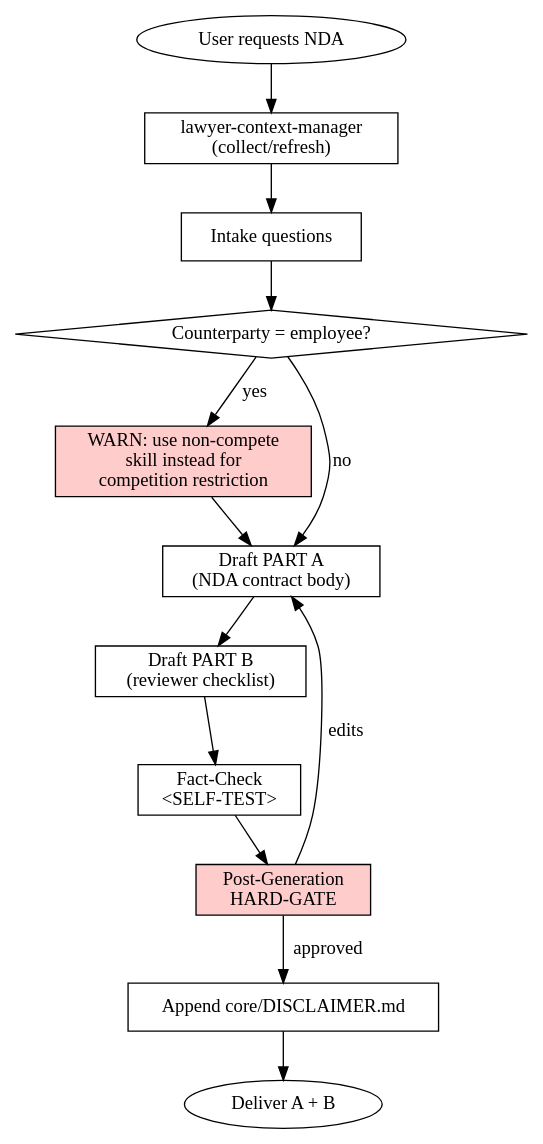
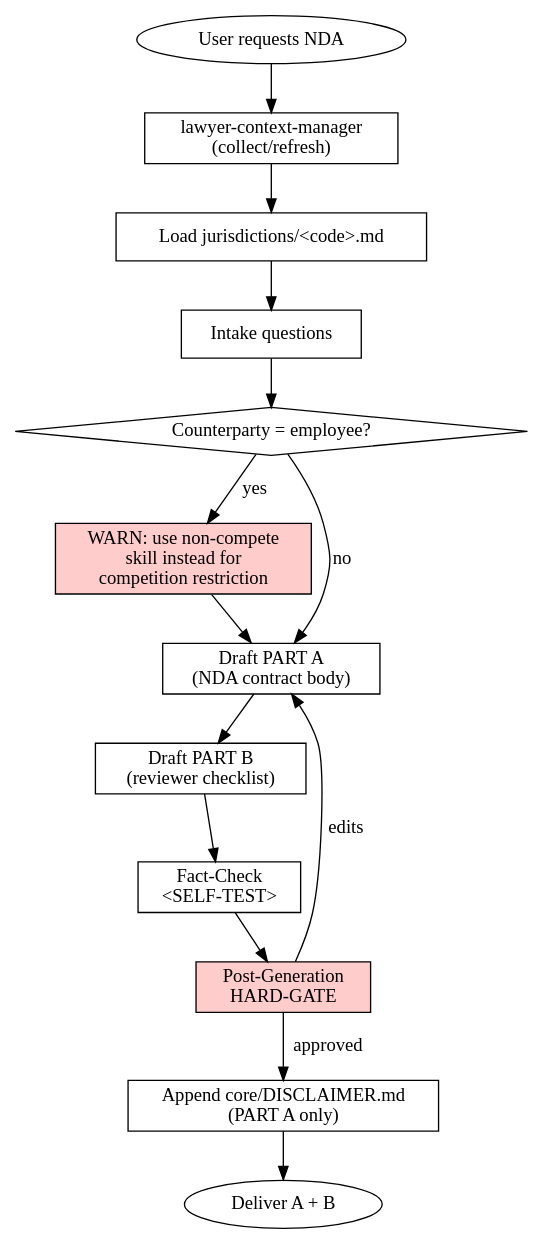
One commit to avSercanKoc/superlex-skills changed the diagram in skills/nda-generator/SKILL.md. Above: the diagram before and after it, drawn with Graphviz. The commit also changed other lines of this file and 10 other files, not shown here.

````diff
--- a/skills/nda-generator/SKILL.md
+++ b/skills/nda-generator/SKILL.md
@@ -67,29 +75,31 @@
 ```dot
 digraph nda_flow {
     rankdir=TB;
     start     [label="User requests NDA" shape=ellipse];
     context   [label="lawyer-context-manager\n(collect/refresh)" shape=box];
+    load      [label="Load jurisdictions/<code>.md" shape=box];
     intake    [label="Intake questions" shape=box];
     employee  [label="Counterparty = employee?" shape=diamond];
     warn_nc   [label="WARN: use non-compete\nskill instead for\ncompetition restriction" shape=box style=filled fillcolor="#ffcccc"];
     draftA    [label="Draft PART A\n(NDA contract body)" shape=box];
     draftB    [label="Draft PART B\n(reviewer checklist)" shape=box];
     selftest  [label="Fact-Check\n<SELF-TEST>" shape=box];
     verify    [label="Post-Generation\nHARD-GATE" shape=box style=filled fillcolor="#ffcccc"];
-    disclaim  [label="Append core/DISCLAIMER.md" shape=box];
+    disclaim  [label="Append core/DISCLAIMER.md\n(PART A only)" shape=box];
     deliver   [label="Deliver A + B" shape=ellipse];
 
     start    -> context;
-    context  -> intake;
+    context  -> load;
+    load     -> intake;
     intake   -> employee;
     employee -> warn_nc [label="yes"];
     employee -> draftA  [label="no"];
     warn_nc  -> draftA;
     draftA   -> draftB;
     draftB   -> selftest;
     selftest -> verify;
     verify   -> disclaim [label="approved"];
     verify   -> draftA   [label="edits"];
     disclaim -> deliver;
 }
 ```
````
